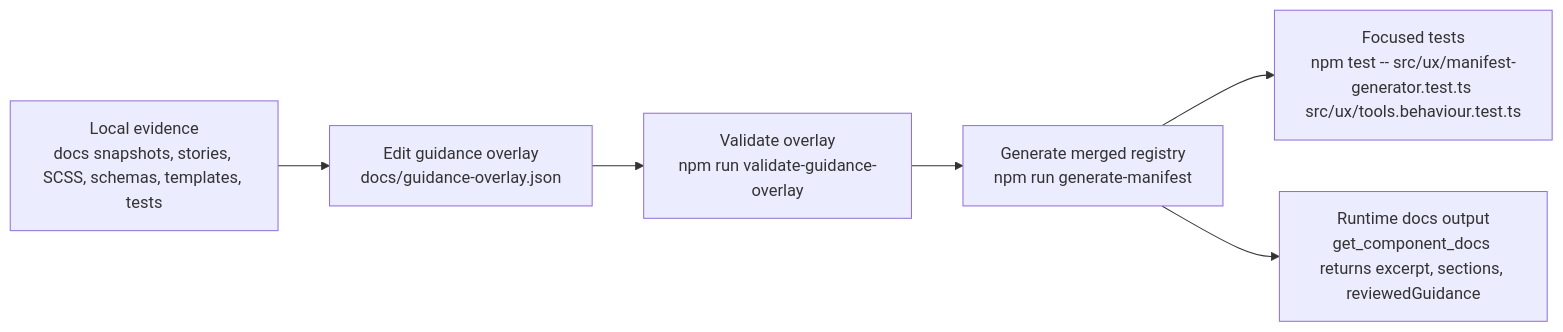
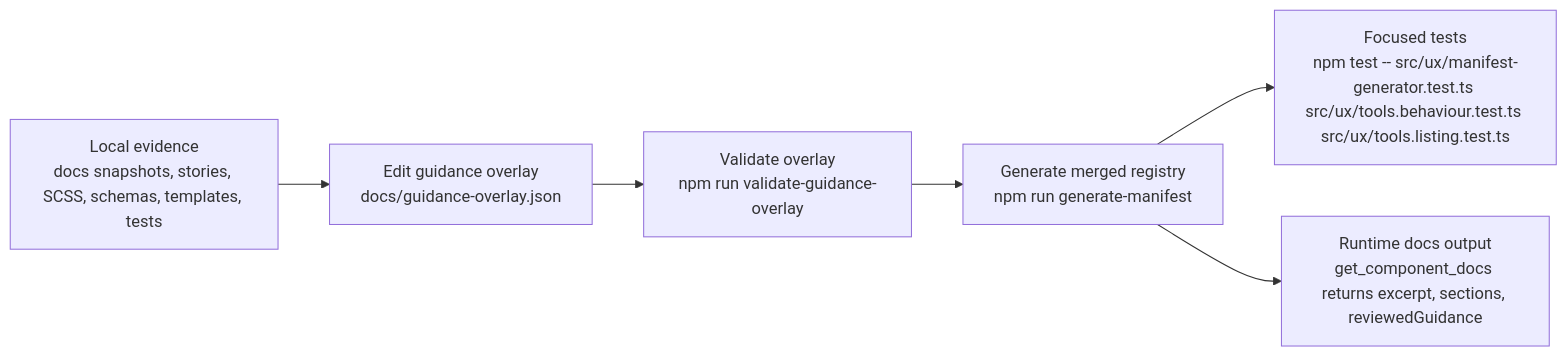
Before and after one commit to leonio/kern-ux-mcp: the diagram in docs/guidance-overlay-workflow.md, drawn with Mermaid. The commit also changed other lines of this file and 2 other files, not shown here.

Commit message:
docs: updated docs after splitting tests and updating coverage

````diff
--- a/docs/guidance-overlay-workflow.md
+++ b/docs/guidance-overlay-workflow.md
@@ -9,8 +9,8 @@
 ```mermaid
 flowchart LR
    A[Local evidence\ndocs snapshots, stories, SCSS, schemas, templates, tests] --> B[Edit guidance overlay\ndocs/guidance-overlay.json]
    B --> C[Validate overlay\nnpm run validate-guidance-overlay]
    C --> D[Generate merged registry\nnpm run generate-manifest]
-   D --> E[Focused tests\nnpm test -- src/ux/manifest-generator.test.ts src/ux/tools.behaviour.test.ts]
+   D --> E[Focused tests\nnpm test -- src/ux/manifest-generator.test.ts src/ux/tools.behaviour.test.ts src/ux/tools.listing.test.ts]
    D --> F[Runtime docs output\nget_component_docs returns excerpt, sections, reviewedGuidance]
 ```
````
